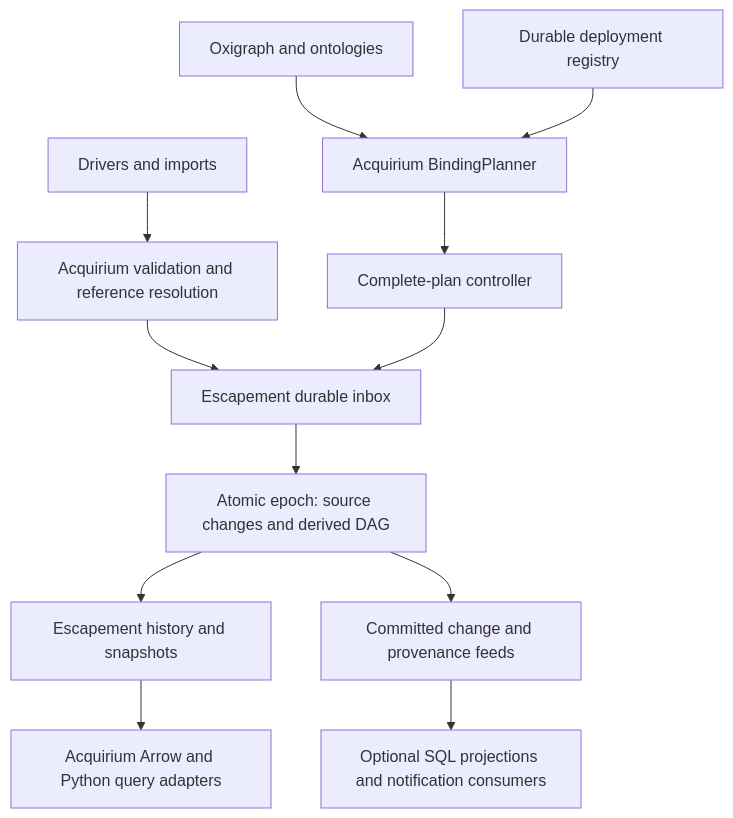
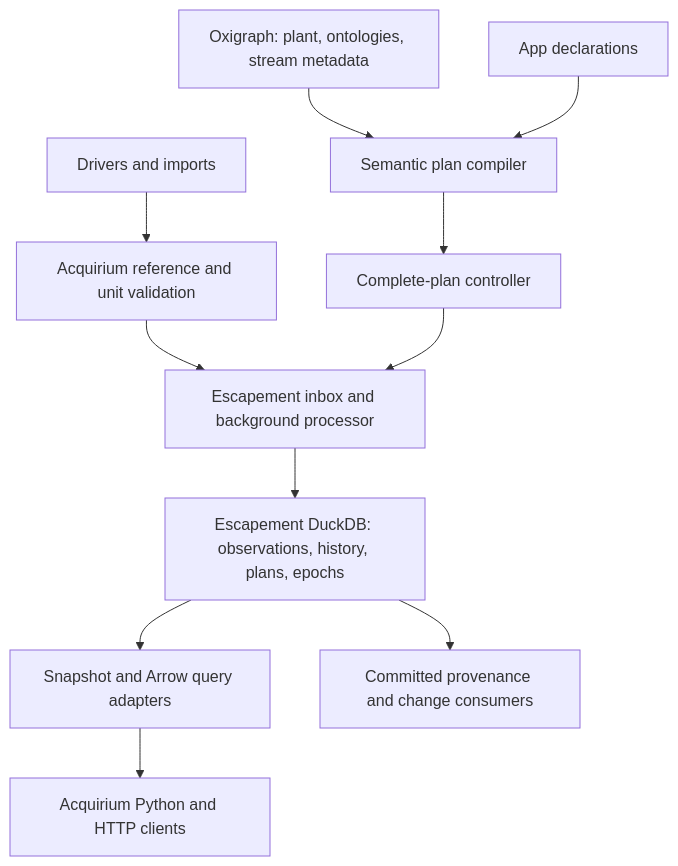
One commit to DataDrivenCPS/acquirium changed the diagram in docs/plans/escapement-core.md. Above: the diagram before and after it, drawn with Mermaid. The commit also changed other lines of this file, not shown here.

Commit message:
docs: require Escapement as the sole timeseries engine

````diff
--- a/docs/plans/escapement-core.md
+++ b/docs/plans/escapement-core.md
@@ -71,14 +76,13 @@
 ```mermaid
 flowchart TD
-    D[Drivers and imports] --> M[Acquirium validation and reference resolution]
-    M --> E[Escapement durable inbox]
-    G[Oxigraph and ontologies] --> Q[Acquirium BindingPlanner]
-    R[Durable deployment registry] --> Q
-    Q --> C[Complete-plan controller]
-    C --> E
-    E --> P[Atomic epoch: source changes and derived DAG]
-    P --> H[Escapement history and snapshots]
-    H --> A[Acquirium Arrow and Python query adapters]
-    P --> F[Committed change and provenance feeds]
-    F --> S[Optional SQL projections and notification consumers]
+    D[Drivers and imports] --> A[Acquirium reference and unit validation]
+    A --> E[Escapement inbox and background processor]
+    G[Oxigraph: plant, ontologies, stream metadata] --> C[Semantic plan compiler]
+    R[App declarations] --> C
+    C --> P[Complete-plan controller]
+    P --> E
+    E --> S[Escapement DuckDB: observations, history, plans, epochs]
+    S --> Q[Snapshot and Arrow query adapters]
+    Q --> U[Acquirium Python and HTTP clients]
+    S --> X[Committed provenance and change consumers]
 ```
````
